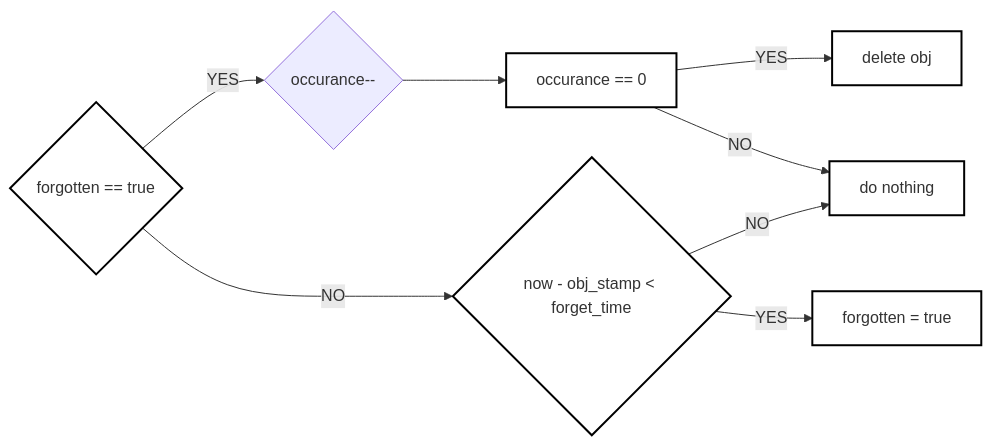
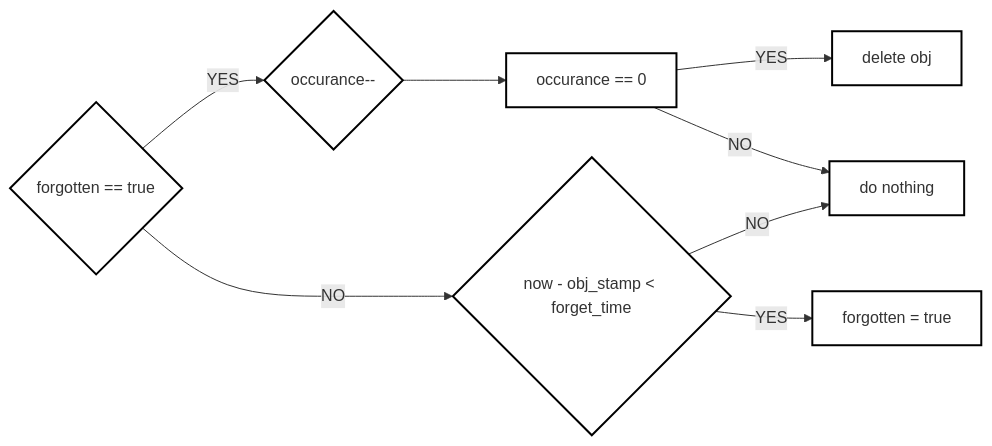
One commit to Extended-Object-Detection-ROS/object_spatial_tools_ros changed the second of 5 diagrams in README.md. Above: the diagram before and after it, drawn with Mermaid. The commit also changed other lines of this file, not shown here.

````diff
--- a/README.md
+++ b/README.md
@@ -30,12 +30,12 @@
 ```mermaid
 graph LR
     classDef box fill:#FFFFFF, stroke:#000, stroke-width:2px;
     
-    A{forgotten == true}:::box -->|YES| B{occurance--}
+    A{forgotten == true}:::box -->|YES| B{occurance--}:::box
     B --> C[occurance == 0]:::box
     C --> |YES|D[delete obj]:::box
     C --> |NO|E[do nothing]:::box
     A --> |NO|F{now - obj_stamp < forget_time}:::box
     F -->|NO|E:::box
     F -->|YES|I[forgotten = true]:::box
 ```
````
